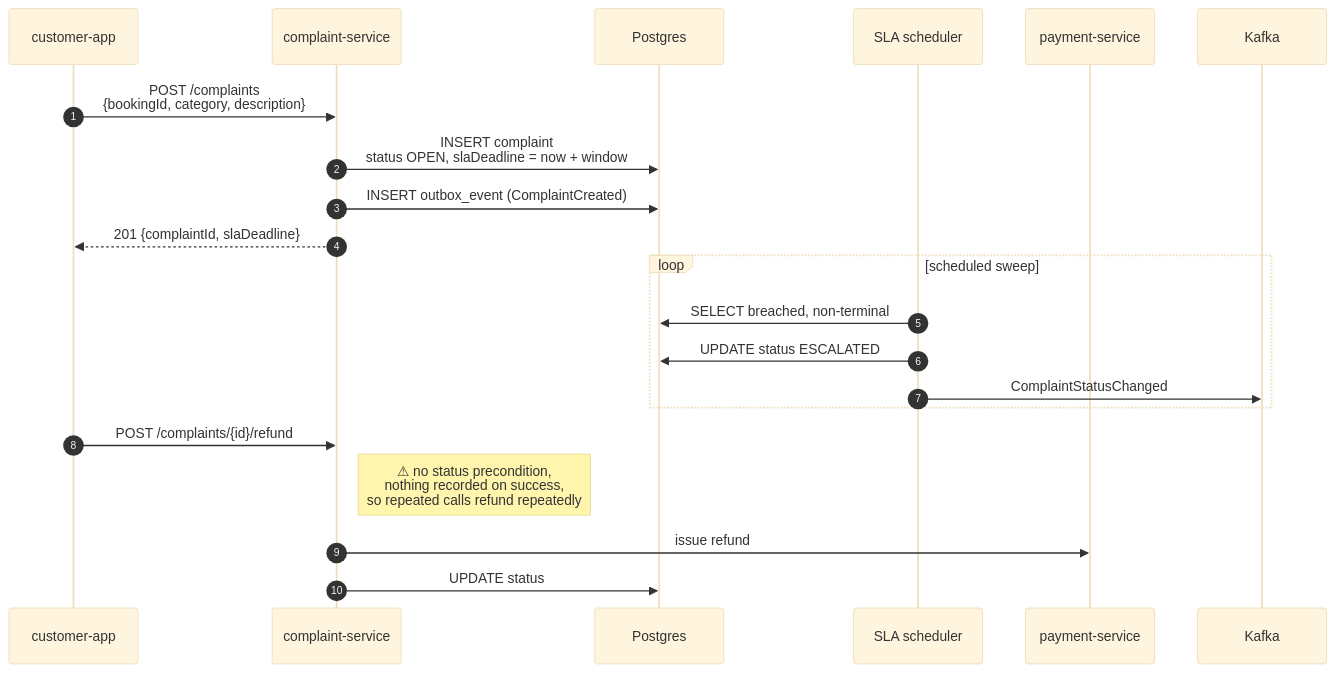
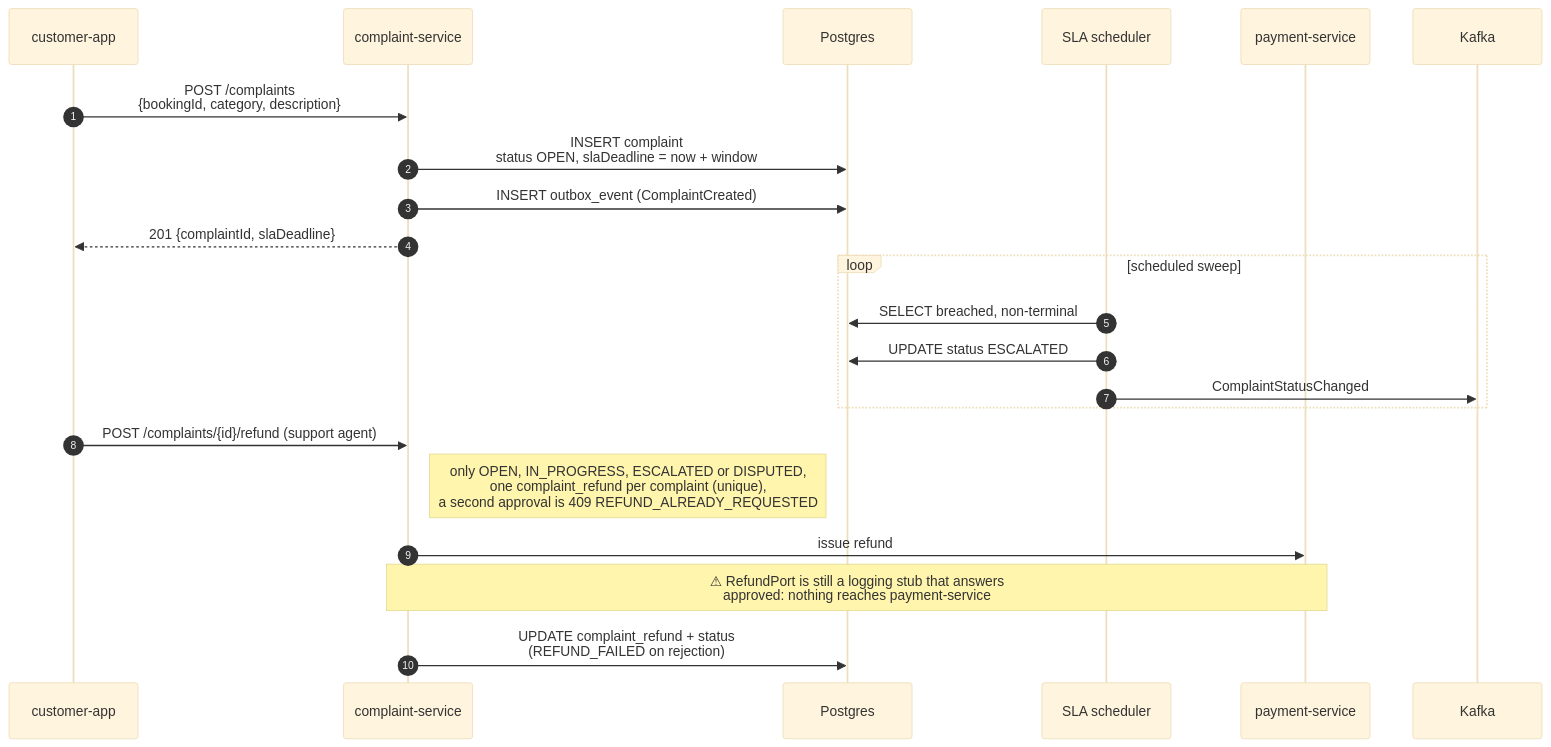
Before and after one commit to KripaGIT009/home-fix: diagram 11 of 28 in docs/ARCHITECTURE.md, drawn with Mermaid (base theme). The commit also changed other lines of this file and 7 other files, not shown here.

````diff
--- a/docs/ARCHITECTURE.md
+++ b/docs/ARCHITECTURE.md
@@ -484,26 +514,27 @@
 ```mermaid
 sequenceDiagram
     autonumber
     participant APP as customer-app
     participant CMPL as complaint-service
     participant PG as Postgres
     participant SCHED as SLA scheduler
     participant PAY as payment-service
     participant KF as Kafka
 
     APP->>CMPL: POST /complaints<br/>{bookingId, category, description}
     CMPL->>PG: INSERT complaint<br/>status OPEN, slaDeadline = now + window
     CMPL->>PG: INSERT outbox_event (ComplaintCreated)
     CMPL-->>APP: 201 {complaintId, slaDeadline}
 
     loop scheduled sweep
         SCHED->>PG: SELECT breached, non-terminal
         SCHED->>PG: UPDATE status ESCALATED
         SCHED->>KF: ComplaintStatusChanged
     end
 
-    APP->>CMPL: POST /complaints/{id}/refund
-    note right of CMPL: ⚠ no status precondition,<br/>nothing recorded on success,<br/>so repeated calls refund repeatedly
+    APP->>CMPL: POST /complaints/{id}/refund (support agent)
+    note right of CMPL: only OPEN, IN_PROGRESS, ESCALATED or DISPUTED,<br/>one complaint_refund per complaint (unique),<br/>a second approval is 409 REFUND_ALREADY_REQUESTED
     CMPL->>PAY: issue refund
-    CMPL->>PG: UPDATE status
+    note over CMPL,PAY: ⚠ RefundPort is still a logging stub that answers<br/>approved: nothing reaches payment-service
+    CMPL->>PG: UPDATE complaint_refund + status<br/>(REFUND_FAILED on rejection)
 ```
````
